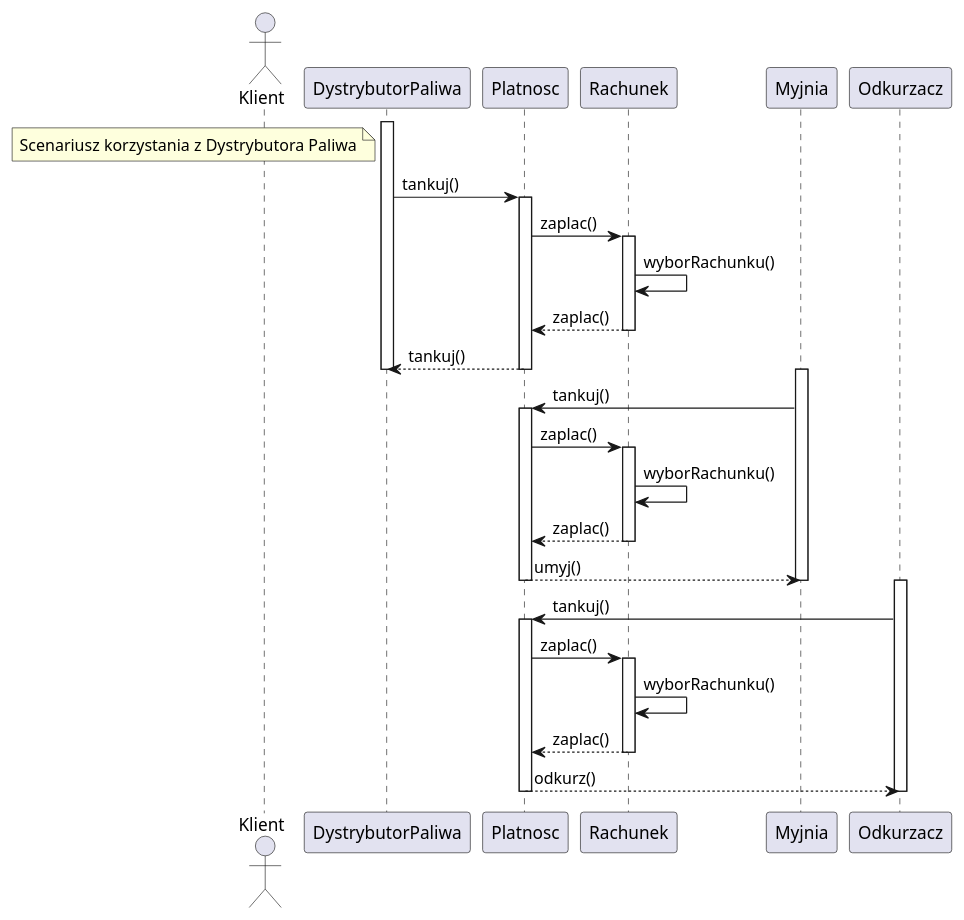
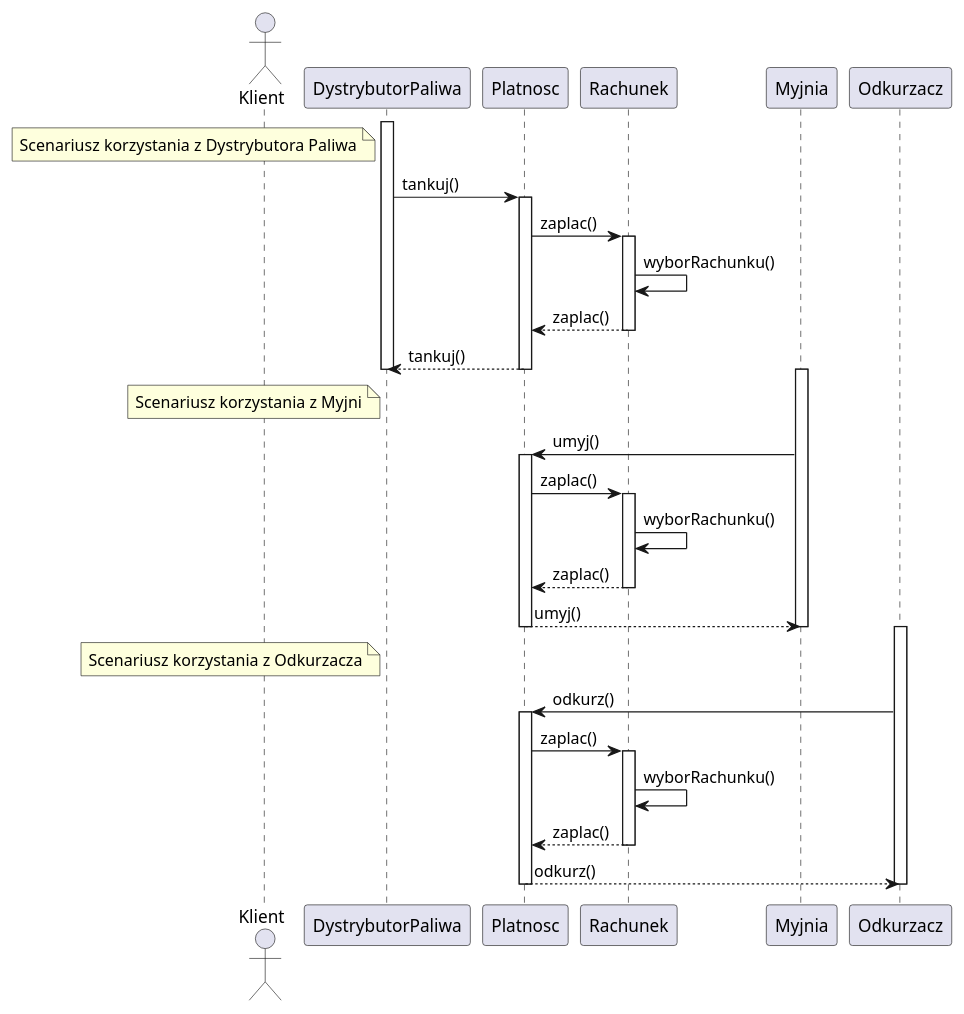
The diagram in STACJA_PALIW_SEQUENCE_DIAGRAM.plantuml (TheLongDistanceRunner2/ProjektowanieObiektowe2021), drawn with PlantUML before and after one commit.

Commit message:
Sequence diagram update

```diff
--- a/STACJA_PALIW_SEQUENCE_DIAGRAM.plantuml
+++ b/STACJA_PALIW_SEQUENCE_DIAGRAM.plantuml
@@ -1,57 +1,59 @@
 @startuml
 
 actor Klient
 note left DystrybutorPaliwa: Scenariusz korzystania z Dystrybutora Paliwa
 
 activate DystrybutorPaliwa
 DystrybutorPaliwa -> Platnosc : tankuj()
 
     activate Platnosc
         Platnosc -> Rachunek : zaplac()
     
         activate Rachunek
         Rachunek -> Rachunek : wyborRachunku()
     
         return zaplac()
     
     return tankuj()
 
 deactivate DystrybutorPaliwa
 deactivate Rachunek
 deactivate Platnosc
 
+note left DystrybutorPaliwa: Scenariusz korzystania z Myjni
 activate Myjnia
-Myjnia -> Platnosc : tankuj()
+Myjnia -> Platnosc : umyj()
 
     activate Platnosc
         Platnosc -> Rachunek : zaplac()
     
         activate Rachunek
         Rachunek -> Rachunek : wyborRachunku()
     
         return zaplac()
     
     return umyj()
 
 deactivate Myjnia
 deactivate Rachunek
 deactivate Platnosc
 
+note left DystrybutorPaliwa: Scenariusz korzystania z Odkurzacza
 activate Odkurzacz
-Odkurzacz -> Platnosc : tankuj()
+Odkurzacz -> Platnosc : odkurz()
 
     activate Platnosc
         Platnosc -> Rachunek : zaplac()
     
         activate Rachunek
         Rachunek -> Rachunek : wyborRachunku()
     
         return zaplac()
     
     return odkurz()
 
 deactivate Odkurzacz
 deactivate Rachunek
 deactivate Platnosc
 
 @enduml
```
